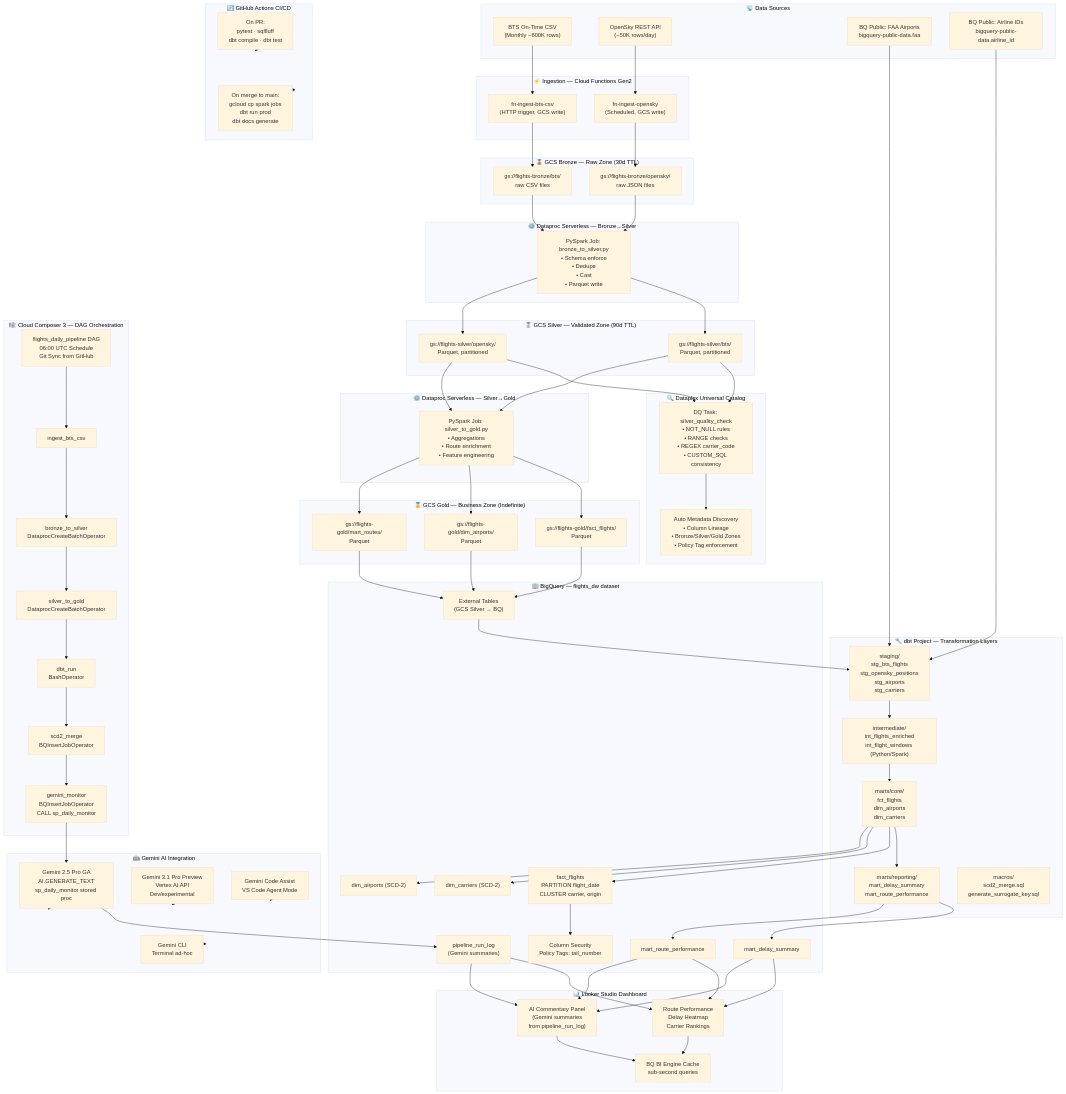
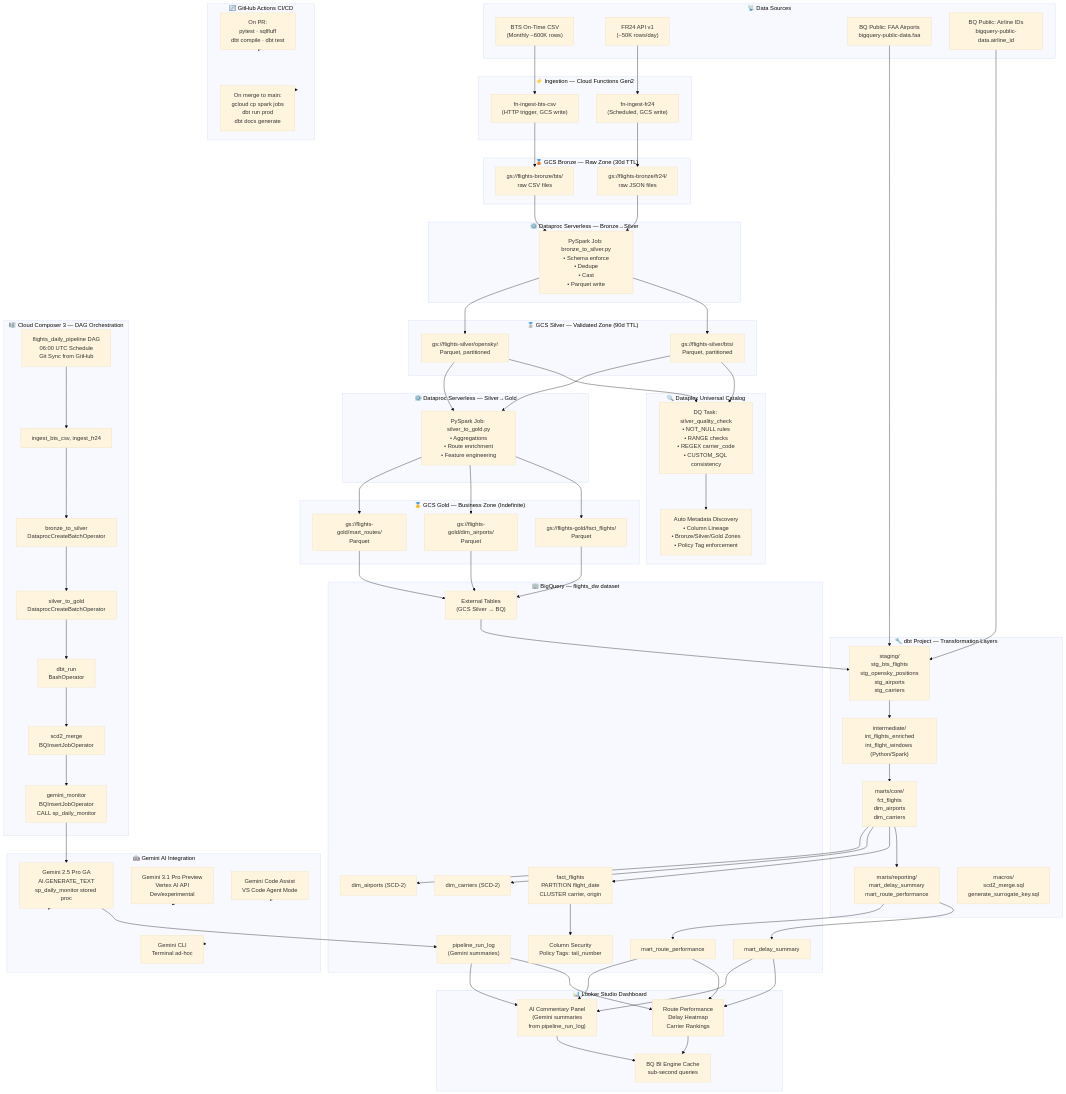
The diagram in docs/architecture.md (BygraveRyan/gcp-flights-analytics), drawn with Mermaid (base theme) before and after one commit. The commit also changed other lines of this file and 28 other files, not shown here.

```diff
--- a/docs/architecture.md
+++ b/docs/architecture.md
@@ -9,19 +9,19 @@
 flowchart TD
     subgraph Sources["📡 Data Sources"]
         S1["BTS On-Time CSV\n(Monthly ~600K rows)"]
-        S2["OpenSky REST API\n(~50K rows/day)"]
+        S2["FR24 API v1\n(~50K rows/day)"]
         S3["BQ Public: FAA Airports\nbigquery-public-data.faa"]
         S4["BQ Public: Airline IDs\nbigquery-public-data.airline_id"]
     end
 
     subgraph Ingestion["⚡ Ingestion — Cloud Functions Gen2"]
         CF1["fn-ingest-bts-csv\n(HTTP trigger, GCS write)"]
-        CF2["fn-ingest-opensky\n(Scheduled, GCS write)"]
+        CF2["fn-ingest-fr24\n(Scheduled, GCS write)"]
     end
 
     subgraph Bronze["🥉 GCS Bronze — Raw Zone (30d TTL)"]
         B1["gs://flights-bronze/bts/\nraw CSV files"]
-        B2["gs://flights-bronze/opensky/\nraw JSON files"]
+        B2["gs://flights-bronze/fr24/\nraw JSON files"]
     end
 
     subgraph DataprocSilver["⚙️ Dataproc Serverless — Bronze→Silver"]
@@ -69,7 +69,7 @@
 
     subgraph Composer["🎼 Cloud Composer 3 — DAG Orchestration"]
         DAG["flights_daily_pipeline DAG\n06:00 UTC Schedule\nGit Sync from GitHub"]
-        T1["ingest_bts_csv"]
+        T1["ingest_bts_csv, ingest_fr24"]
         T2["bronze_to_silver\nDataprocCreateBatchOperator"]
         T3["silver_to_gold\nDataprocCreateBatchOperator"]
         T4["dbt_run\nBashOperator"]
```
